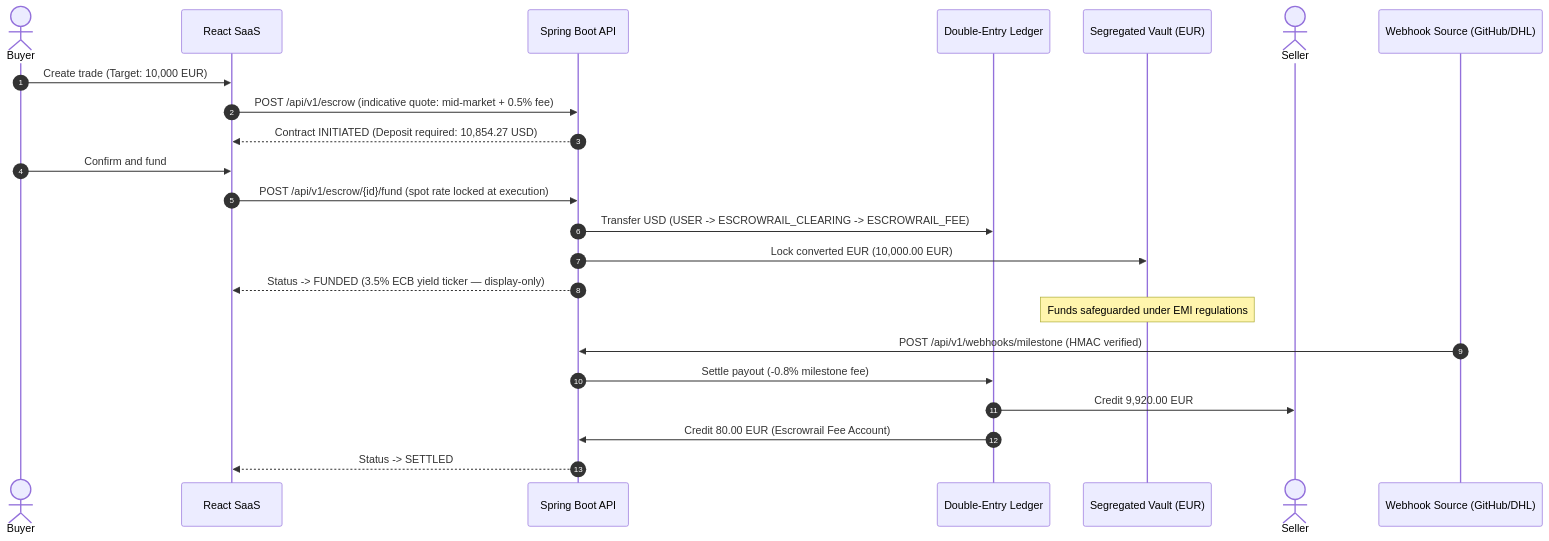
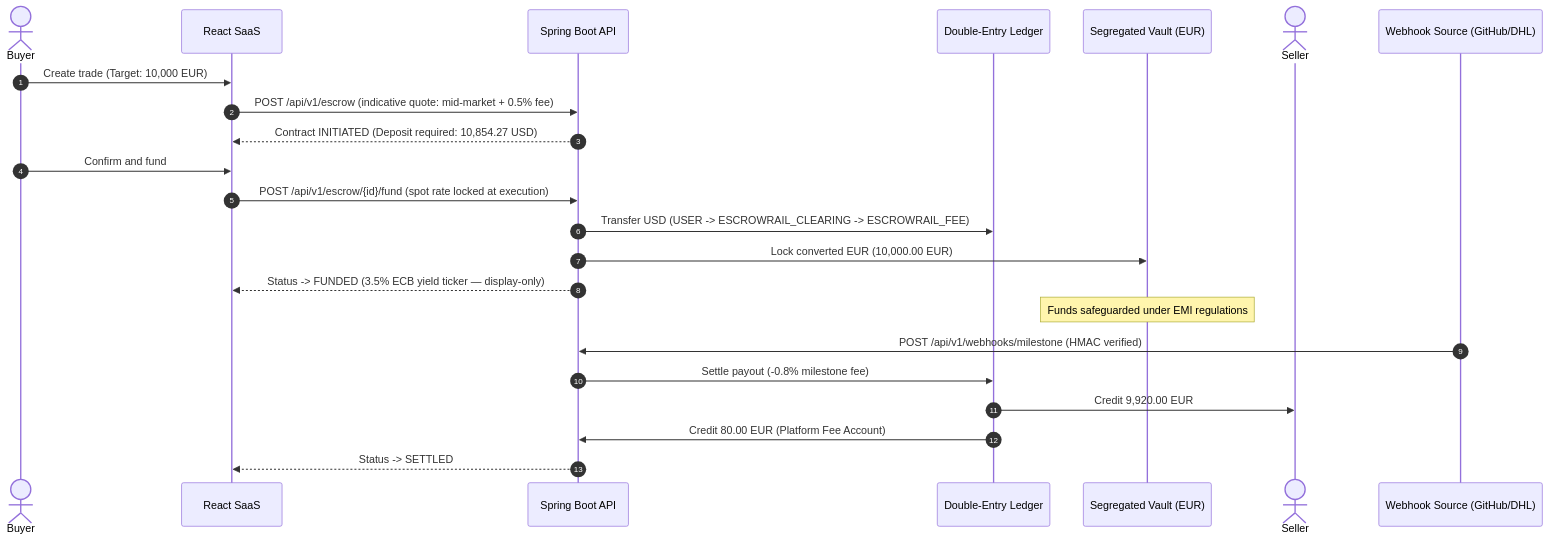
The first of 2 diagrams in README.md (unnobatroo/escrowrail), drawn with Mermaid before and after one commit. The commit also changed other lines of this file and 323 other files, not shown here.

````diff
--- a/README.md
+++ b/README.md
@@ -49,26 +49,26 @@
 ```mermaid
 sequenceDiagram
     autonumber
     actor Buyer
     participant UI as React SaaS
     participant API as Spring Boot API
     participant Ledger as Double-Entry Ledger
     participant Vault as Segregated Vault (EUR)
     actor Seller
     participant Ingress as Webhook Source (GitHub/DHL)
 
     Buyer->>UI: Create trade (Target: 10,000 EUR)
     UI->>API: POST /api/v1/escrow (indicative quote: mid-market + 0.5% fee)
     API-->>UI: Contract INITIATED (Deposit required: 10,854.27 USD)
     Buyer->>UI: Confirm and fund
     UI->>API: POST /api/v1/escrow/{id}/fund (spot rate locked at execution)
     API->>Ledger: Transfer USD (USER -> ESCROWRAIL_CLEARING -> ESCROWRAIL_FEE)
     API->>Vault: Lock converted EUR (10,000.00 EUR)
     API-->>UI: Status -> FUNDED (3.5% ECB yield ticker — display-only)
     Note over Vault: Funds safeguarded under EMI regulations
     Ingress->>API: POST /api/v1/webhooks/milestone (HMAC verified)
     API->>Ledger: Settle payout (-0.8% milestone fee)
     Ledger->>Seller: Credit 9,920.00 EUR
-    Ledger->>API: Credit 80.00 EUR (Escrowrail Fee Account)
+    Ledger->>API: Credit 80.00 EUR (Platform Fee Account)
     API-->>UI: Status -> SETTLED
 ```
````
